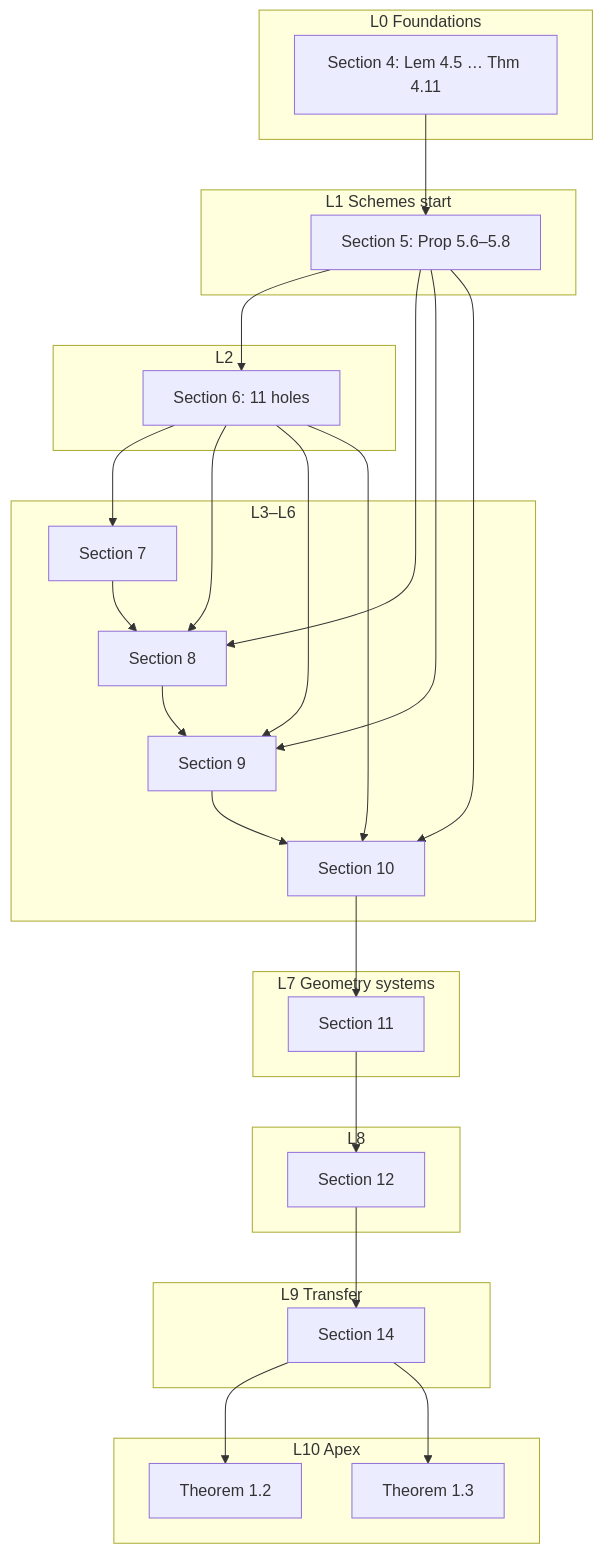
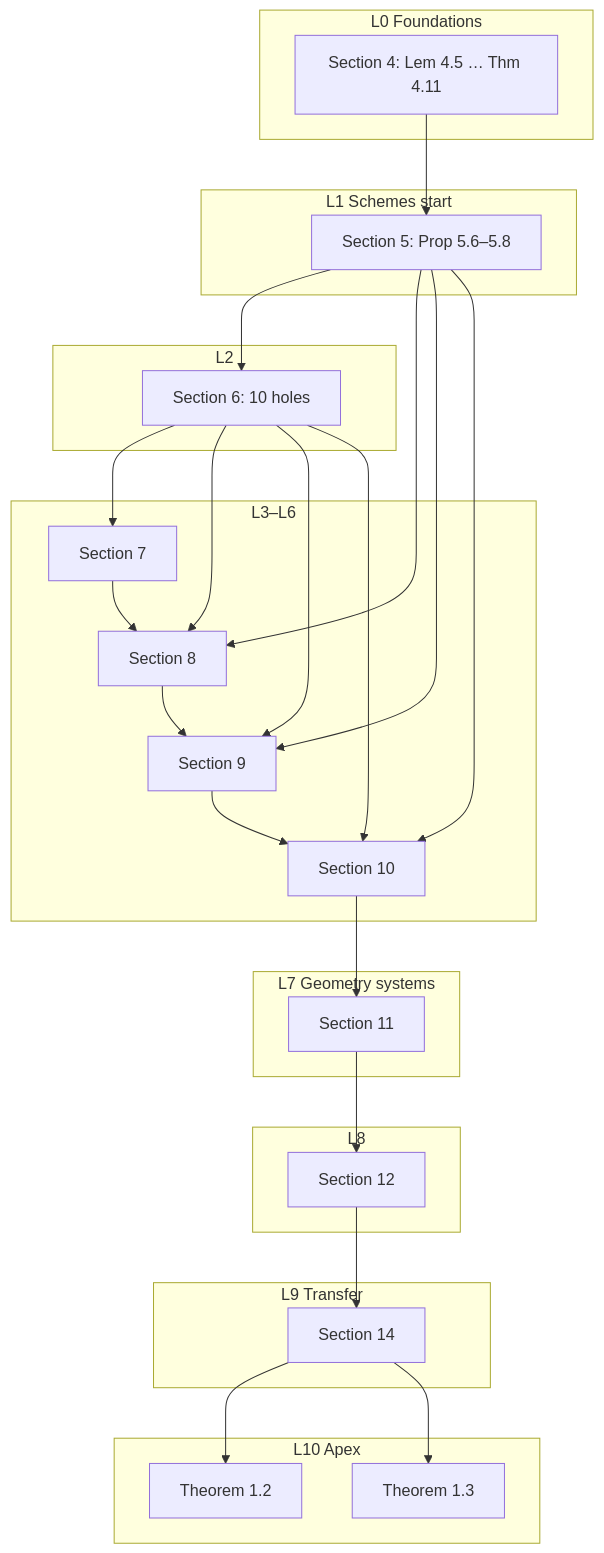
Before and after one commit to catskillsresearch/aec: the diagram in HOLES.md, drawn with Mermaid. The commit also changed other lines of this file and 6 other files, not shown here.

````diff
--- a/HOLES.md
+++ b/HOLES.md
@@ -51,40 +51,40 @@
 ```mermaid
 flowchart TD
   subgraph L0 [L0 Foundations]
     S4["Section 4: Lem 4.5 … Thm 4.11"]
   end
   subgraph L1 [L1 Schemes start]
     S5["Section 5: Prop 5.6–5.8"]
   end
   subgraph L2 [L2]
-    S6["Section 6: 11 holes"]
+    S6["Section 6: 10 holes"]
   end
   subgraph L3to6 [L3–L6]
     S7["Section 7"]
     S8["Section 8"]
     S9["Section 9"]
     S10["Section 10"]
   end
   subgraph L7 [L7 Geometry systems]
     S11["Section 11"]
   end
   subgraph L8 [L8]
     S12["Section 12"]
   end
   subgraph L9 [L9 Transfer]
     S14["Section 14"]
   end
   subgraph L10 [L10 Apex]
     T12["Theorem 1.2"]
     T13["Theorem 1.3"]
   end
   S4 --> S5 --> S6 --> S7 --> S8 --> S9 --> S10
   S5 --> S8
   S5 --> S9
   S5 --> S10
   S6 --> S8
   S6 --> S9
   S6 --> S10
   S10 --> S11 --> S12 --> S14 --> T12
   S14 --> T13
 ```
````
